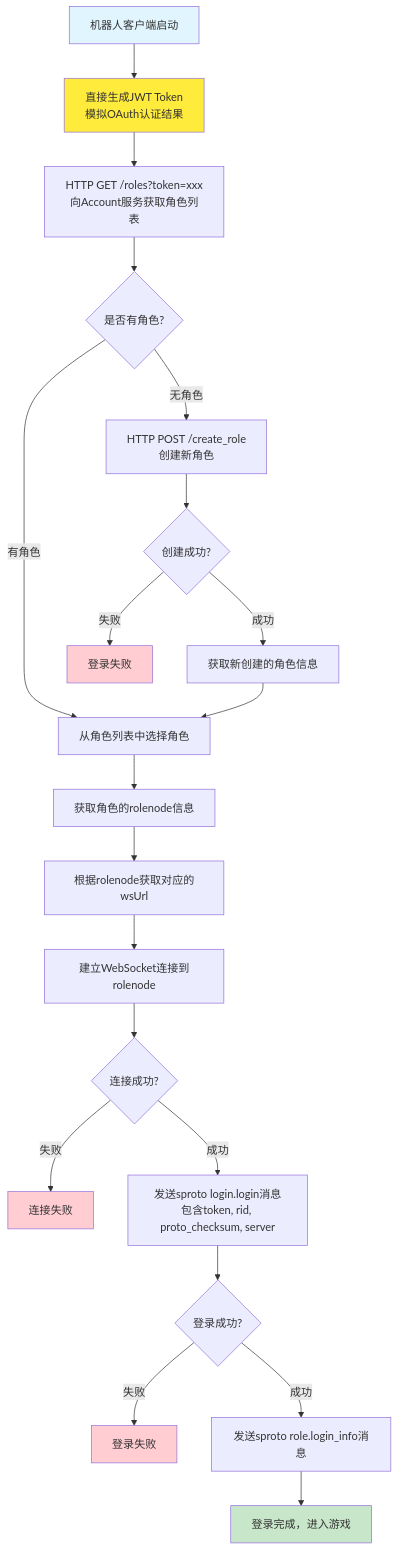
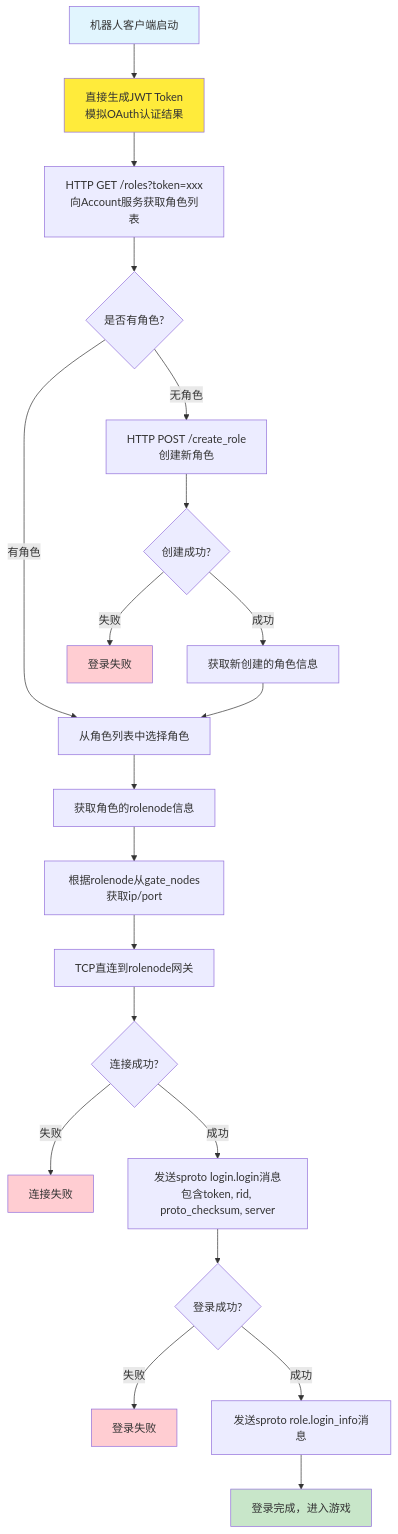
One commit to hanxi/skyext changed the second of 6 diagrams in docs/guide/login_diagram.md. Above: the diagram before and after it, drawn with Mermaid. The commit also changed other lines of this file and 13 other files, not shown here.

````diff
--- a/docs/guide/login_diagram.md
+++ b/docs/guide/login_diagram.md
@@ -64,36 +66,36 @@
 ```mermaid
 flowchart TD
     A1[机器人客户端启动] --> B1[直接生成JWT Token<br/>模拟OAuth认证结果]
     B1 --> C1[HTTP GET /roles?token=xxx<br/>向Account服务获取角色列表]
 
     C1 --> D1{是否有角色?}
 
     D1 -->|有角色| E1[从角色列表中选择角色]
     D1 -->|无角色| F1[HTTP POST /create_role<br/>创建新角色]
 
     F1 --> G1{创建成功?}
     G1 -->|成功| H1[获取新创建的角色信息]
     G1 -->|失败| I1[登录失败]
 
     H1 --> E1
     E1 --> J1[获取角色的rolenode信息]
-    J1 --> K1[根据rolenode获取对应的wsUrl]
-    K1 --> L1[建立WebSocket连接到rolenode]
+    J1 --> K1[根据rolenode从gate_nodes获取ip/port]
+    K1 --> L1[TCP直连到rolenode网关]
 
     L1 --> M1{连接成功?}
     M1 -->|失败| N1[连接失败]
     M1 -->|成功| O1[发送sproto login.login消息<br/>包含token, rid, proto_checksum, server]
 
     O1 --> P1{登录成功?}
     P1 -->|失败| Q1[登录失败]
     P1 -->|成功| R1[发送sproto role.login_info消息]
 
     R1 --> S1[登录完成，进入游戏]
 
     style A1 fill:#e1f5fe
     style S1 fill:#c8e6c9
     style I1 fill:#ffcdd2
     style N1 fill:#ffcdd2
     style Q1 fill:#ffcdd2
     style B1 fill:#ffeb3b
 ```
````
